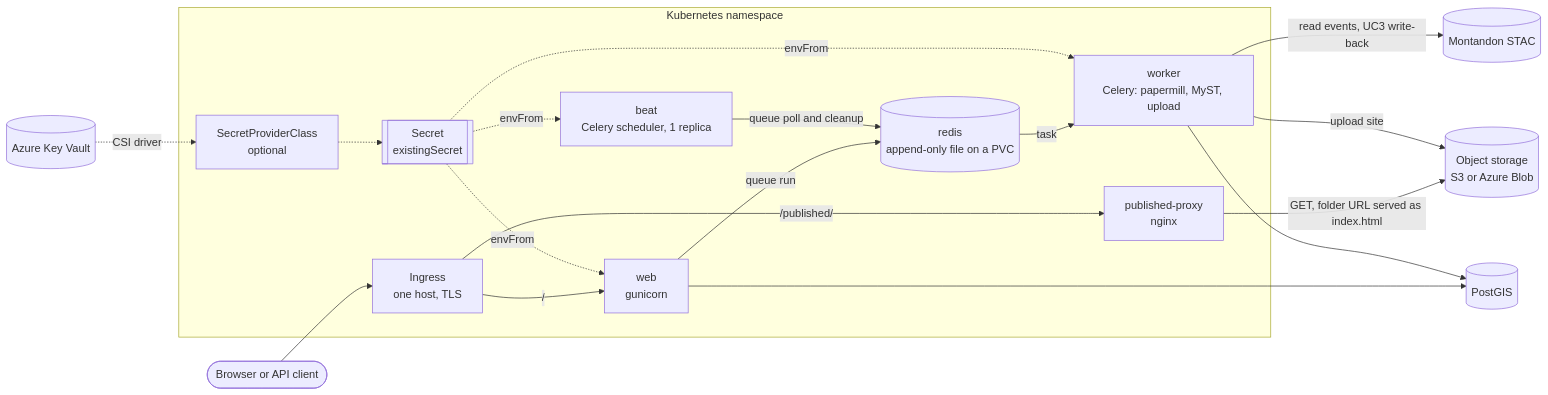
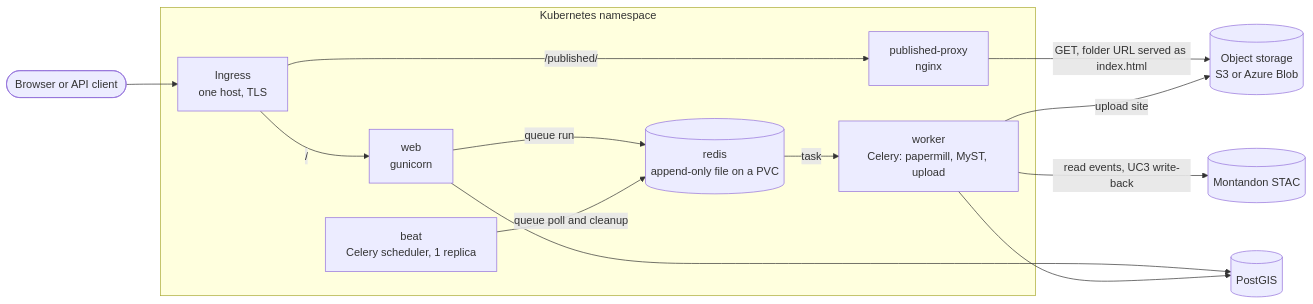
The diagram in helm/README.md (developmentseed/notebook-factory), drawn with Mermaid before and after one commit. The commit also changed 1 other file, not shown here.

Commit message:
Keep the architecture diagrams high level
Drop Secrets, Key Vault and envFrom edges from both diagrams.

````diff
--- a/helm/README.md
+++ b/helm/README.md
@@ -8,36 +8,29 @@
 ```mermaid
 flowchart LR
   user([Browser or API client])
 
   subgraph ns["Kubernetes namespace"]
     ing[Ingress<br/>one host, TLS]
     web[web<br/>gunicorn]
     proxy[published-proxy<br/>nginx]
     redis[(redis<br/>append-only file on a PVC)]
     worker[worker<br/>Celery: papermill, MyST, upload]
     beat[beat<br/>Celery scheduler, 1 replica]
-    secret[[Secret<br/>existingSecret]]
-    spc[SecretProviderClass<br/>optional]
   end
 
   db[(PostGIS)]
   bucket[(Object storage<br/>S3 or Azure Blob)]
   stac[(Montandon STAC)]
-  kv[(Azure Key Vault)]
 
   user --> ing
   ing -- "/" --> web
   ing -- "/published/" --> proxy
   proxy -- "GET, folder URL served as index.html" --> bucket
   web -- "queue run" --> redis
   beat -- "queue poll and cleanup" --> redis
   redis -- "task" --> worker
   worker -- "upload site" --> bucket
   worker -- "read events, UC3 write-back" --> stac
   web --> db
   worker --> db
-  kv -. "CSI driver" .-> spc -.-> secret
-  secret -. envFrom .-> web
-  secret -. envFrom .-> worker
-  secret -. envFrom .-> beat
 ```
````
